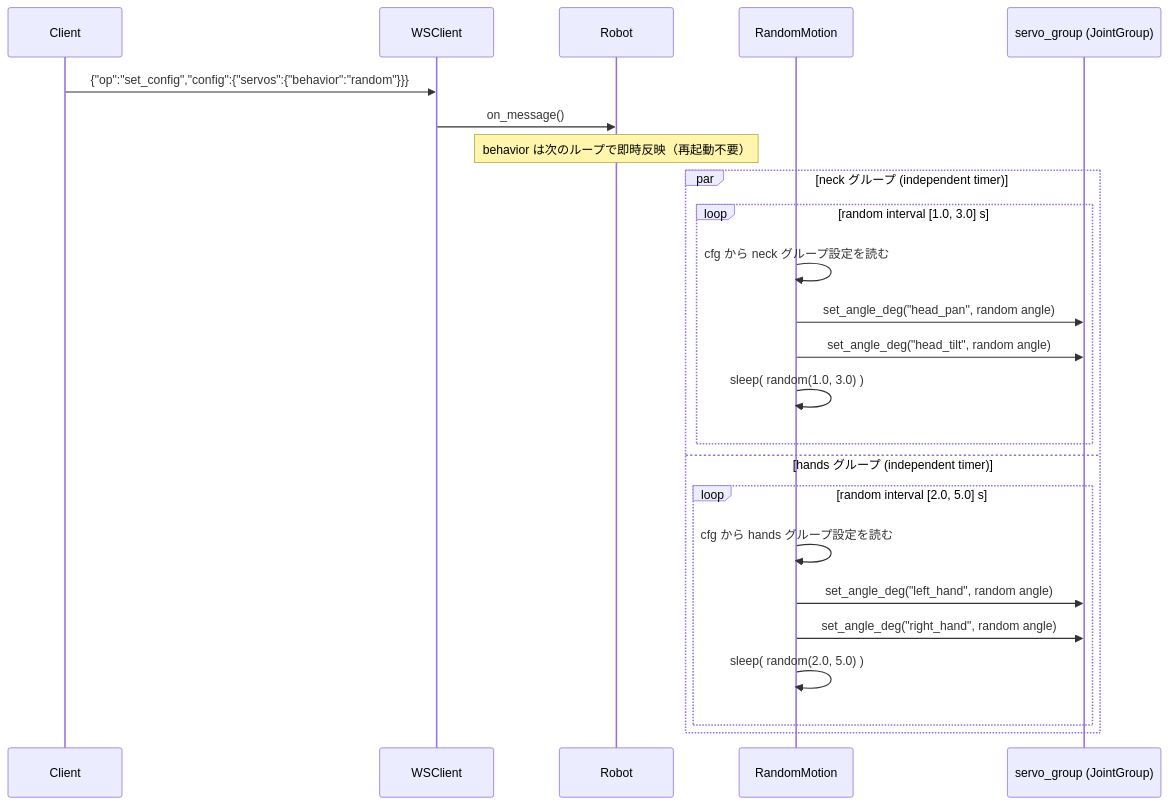
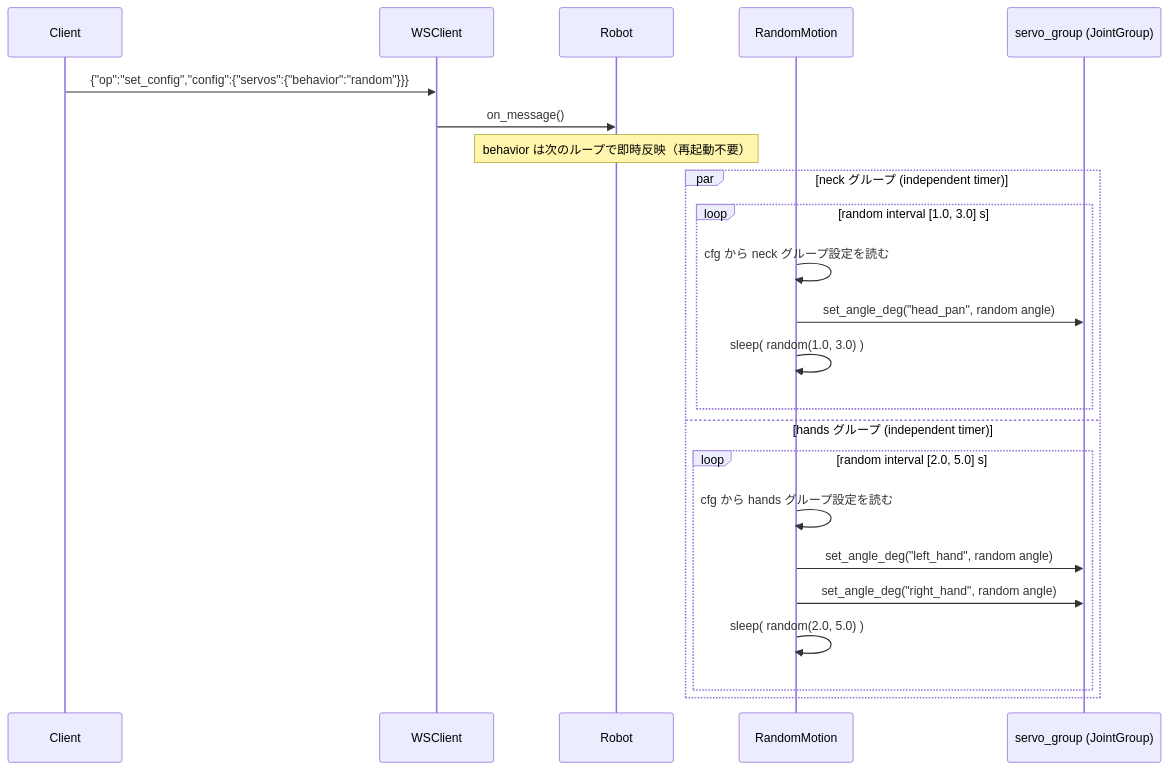
Before and after one commit to smabo-smartphone-robot/smabo-smartphone-robot.github.io: diagram 11 of 17 in docs/architecture/design.md, drawn with Mermaid. The commit also changed other lines of this file and 18 other files, not shown here.

````diff
--- a/docs/architecture/design.md
+++ b/docs/architecture/design.md
@@ -393,28 +898,27 @@
 ```mermaid
 sequenceDiagram
     participant Client
     participant WSClient
     participant Robot
     participant RM as RandomMotion
     participant JG as servo_group (JointGroup)
 
     Client->>WSClient: {"op":"set_config","config":{"servos":{"behavior":"random"}}}
     WSClient->>Robot: on_message()
     Note over Robot: behavior は次のループで即時反映（再起動不要）
 
     par neck グループ (independent timer)
         loop random interval [1.0, 3.0] s
             RM->>RM: cfg から neck グループ設定を読む
             RM->>JG: set_angle_deg("head_pan",  random angle)
-            RM->>JG: set_angle_deg("head_tilt", random angle)
             RM->>RM: sleep( random(1.0, 3.0) )
         end
     and hands グループ (independent timer)
         loop random interval [2.0, 5.0] s
             RM->>RM: cfg から hands グループ設定を読む
             RM->>JG: set_angle_deg("left_hand",  random angle)
             RM->>JG: set_angle_deg("right_hand", random angle)
             RM->>RM: sleep( random(2.0, 5.0) )
         end
     end
 ```
````
